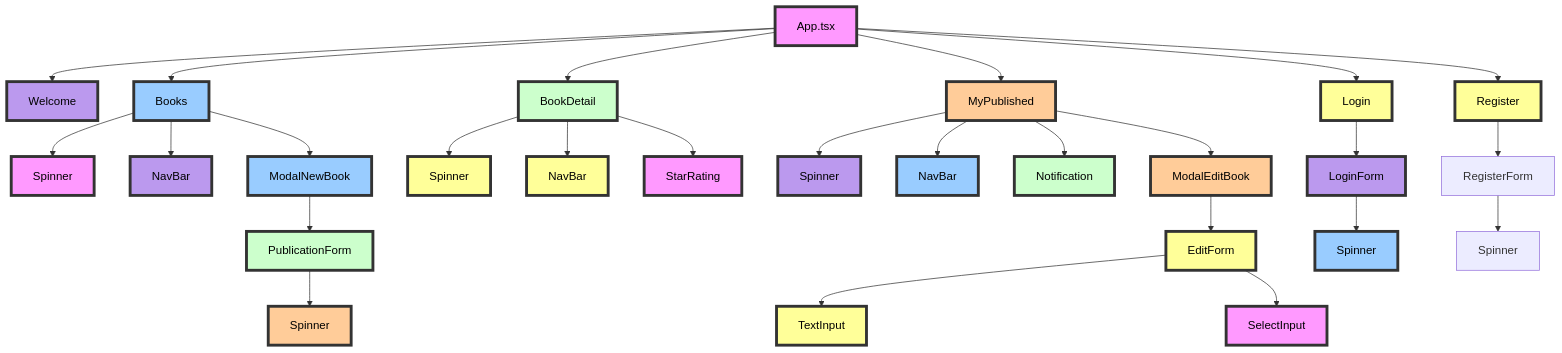
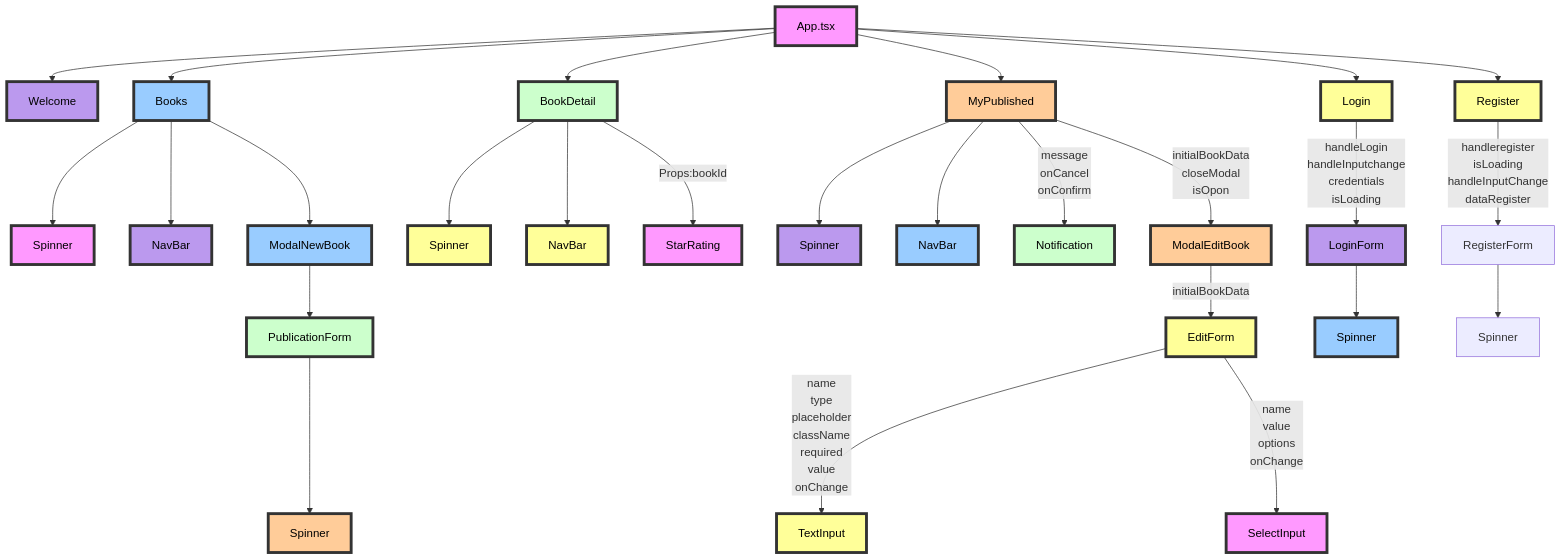
One commit to FernandoMoyano/EcoReaders changed the first of 2 diagrams in client/README.md. Above: the diagram before and after it, drawn with Mermaid. The commit also changed 3 other files, not shown here.

````diff
--- a/client/README.md
+++ b/client/README.md
@@ -29,26 +29,32 @@
     J --> K[PublicationForm]
     K --> L[Spinner]
 
+
+
     %% BookDetail component hierarchy
     D --> M[Spinner]
     D --> N[NavBar]
-    D --> O[StarRating]
+    D --> |Props:bookId| O[StarRating]
+
+
 
     %% MyPublished component hierarchy
     E --> P[Spinner]
     E --> Q[NavBar]
-    E --> R[Notification]
-    E --> S[ModalEditBook]
-    S --> T[EditForm]
-    T --> U[TextInput]
-    T --> V[SelectInput]
+    E -->|"message\n onCancel\n onConfirm"| R[Notification]
+    E -->|"initialBookData\n closeModal\n isOpon"| S[ModalEditBook]
+    S -->| initialBookData | T[EditForm]
+    T -->|"name\ntype\n placeholder\n className\n required\nvalue\n onChange"| U[TextInput]
+    T -->|"name\nvalue\noptions\nonChange"| V[SelectInput]
+
+
 
     %% Login component hierarchy
-    F --> W[LoginForm]
+    F -->|"handleLogin\n handleInputchange\n credentials\n isLoading"| W[LoginForm]
     W --> X[Spinner]
 
     %% Register component hierarchy
-    G --> Y[RegisterForm]
+    G -->|"handleregister\n isLoading\n handleInputChange\n dataRegister"| Y[RegisterForm]
     Y --> Z[Spinner]
 
 
@@ -80,6 +86,4 @@
     style V fill:#f9f,stroke:#333,stroke-width:4px,color:#000
     style W fill:#b9e,stroke:#333,stroke-width:4px,color:#000
     style X fill:#9cf,stroke:#333,stroke-width:4,color:#000
-
-
 ```
````
